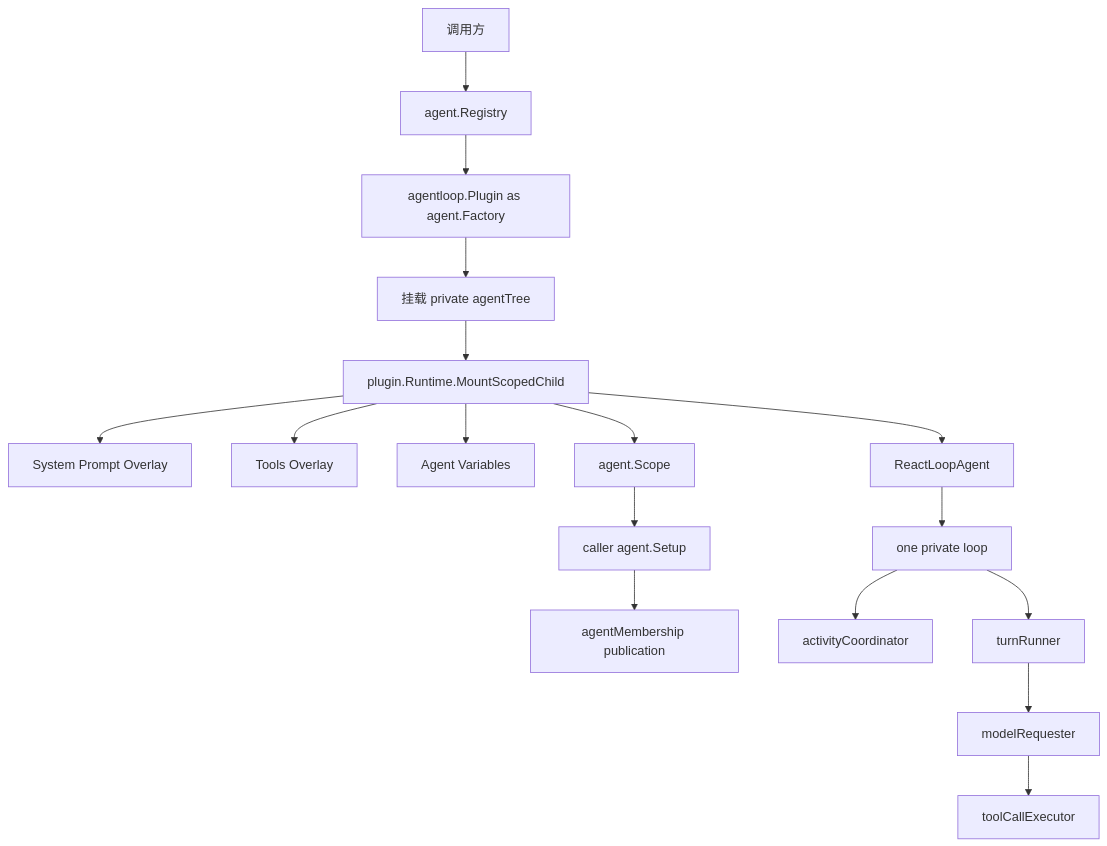
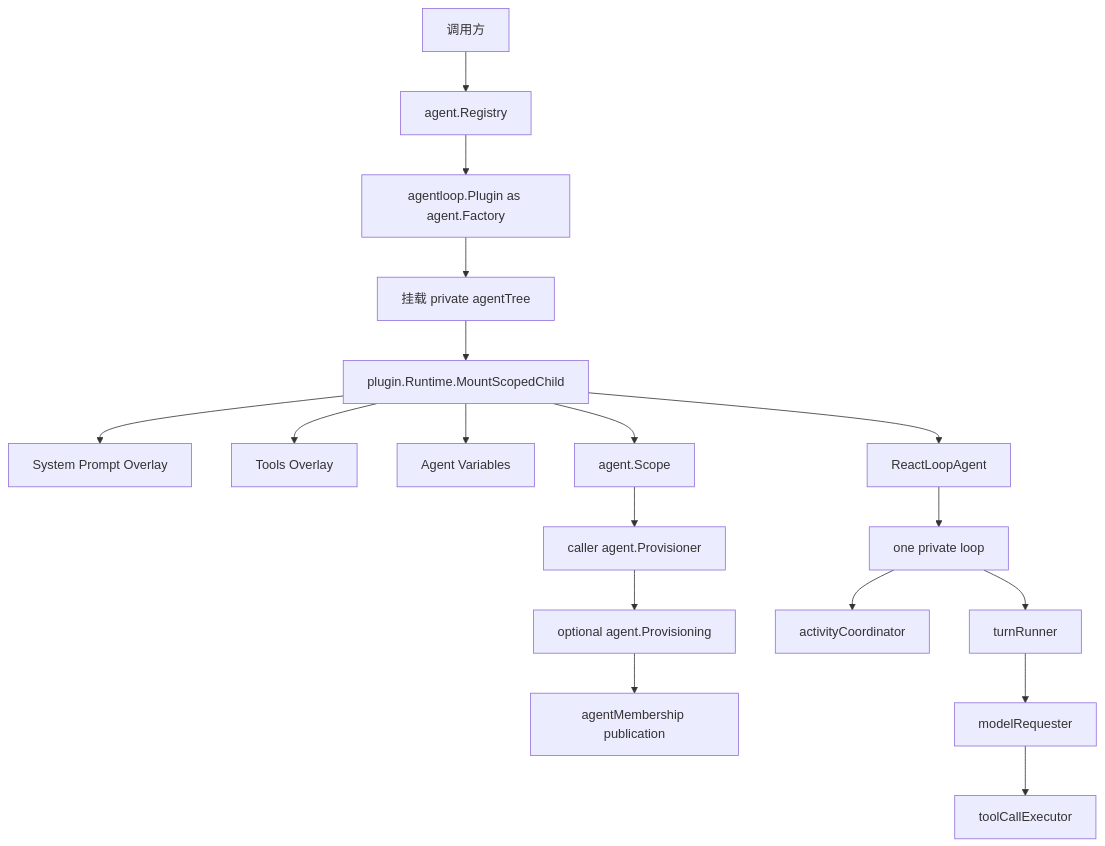
Before and after one commit to gorenx/goren: the first of 2 diagrams in agentloop/README.zh-CN.md, drawn with Mermaid. The commit also changed other lines of this file and 17 other files, not shown here.

````diff
--- a/agentloop/README.zh-CN.md
+++ b/agentloop/README.zh-CN.md
@@ -31,19 +31,20 @@
 ```mermaid
 flowchart TD
     API[调用方] --> Registry[agent.Registry]
     Registry --> Root[agentloop.Plugin as agent.Factory]
     Root --> Build[挂载 private agentTree]
     Build --> Runtime[plugin.Runtime.MountScopedChild]
     Runtime --> Prompt[System Prompt Overlay]
     Runtime --> Tools[Tools Overlay]
     Runtime --> Vars[Agent Variables]
     Runtime --> Agent[ReactLoopAgent]
     Runtime --> Scope[agent.Scope]
-    Scope --> Setup[caller agent.Setup]
-    Setup --> Membership[agentMembership publication]
+    Scope --> Provisioner[caller agent.Provisioner]
+    Provisioner --> Provisioning[optional agent.Provisioning]
+    Provisioning --> Membership[agentMembership publication]
     Agent --> Loop[one private loop]
     Loop --> Activity[activityCoordinator]
     Loop --> Turn[turnRunner]
     Turn --> Request[modelRequester]
     Request --> Calls[toolCallExecutor]
 ```
````
